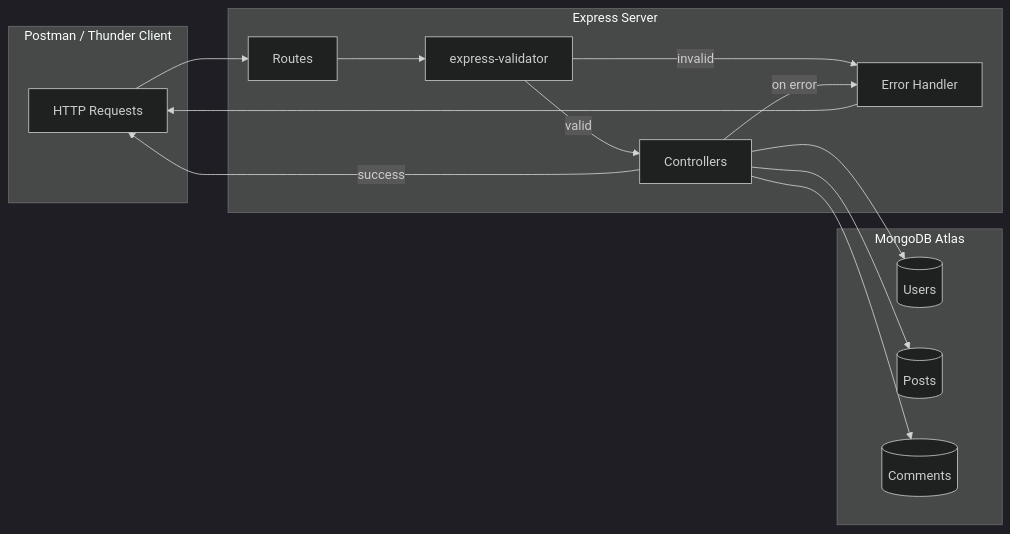
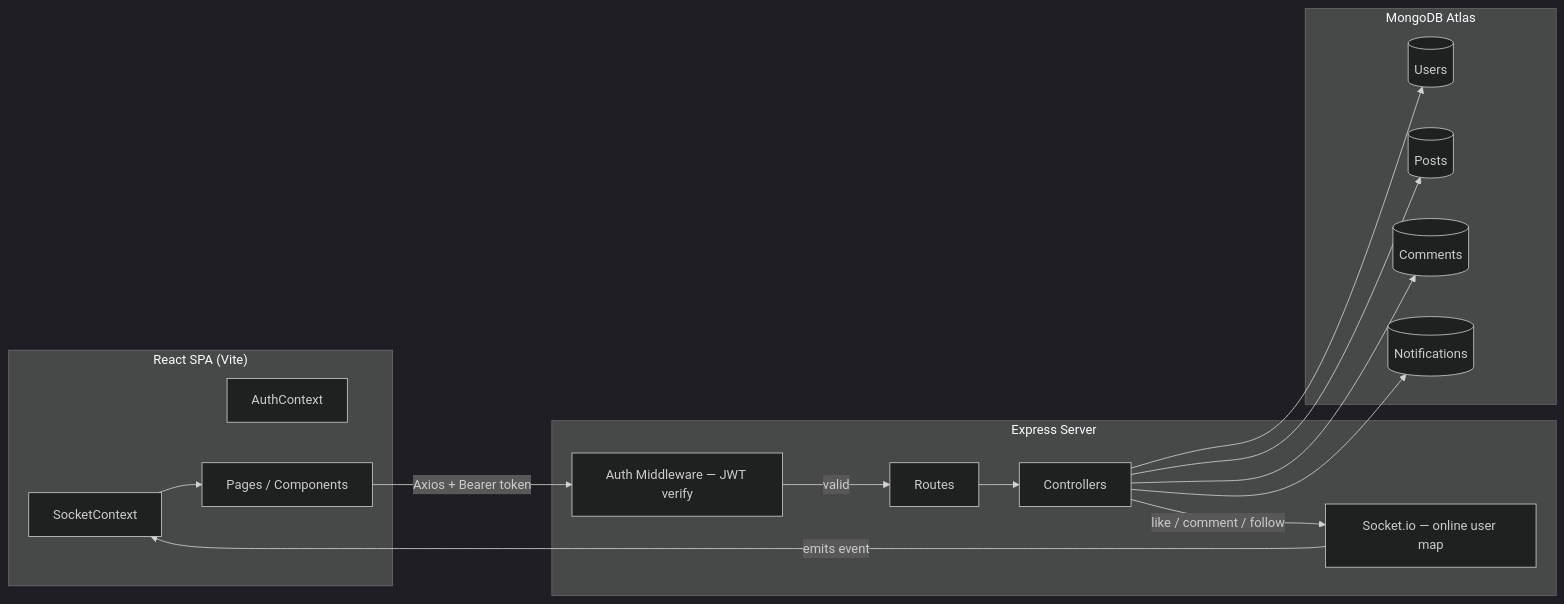
One commit to ahmedsufian10/ConnectSphere changed the diagram in README.md. Above: the diagram before and after it, drawn with Mermaid (dark theme). The commit also changed other lines of this file and 1 other file, not shown here.

````diff
--- a/README.md
+++ b/README.md
@@ -54,30 +57,33 @@
 ```mermaid
 flowchart LR
-    subgraph Client["Postman / Thunder Client"]
-        A[HTTP Requests]
+    subgraph Client["React SPA (Vite)"]
+        A[AuthContext]
+        B[SocketContext]
+        C[Pages / Components]
     end
 
     subgraph Server["Express Server"]
-        B[Routes]
-        C[express-validator]
-        D[Controllers]
-        E[Error Handler]
+        D[Auth Middleware — JWT verify]
+        E[Routes]
+        F[Controllers]
+        G[Socket.io — online user map]
     end
 
     subgraph DB["MongoDB Atlas"]
-        F[(Users)]
-        G[(Posts)]
-        H[(Comments)]
+        H[(Users)]
+        I[(Posts)]
+        J[(Comments)]
+        K[(Notifications)]
     end
 
-    A --> B
+    C -- Axios + Bearer token --> D
+    D -- valid --> E
+    E --> F
+    F --> H
+    F --> I
+    F --> J
+    F --> K
+    F -- like / comment / follow --> G
+    G -- emits event --> B
     B --> C
-    C -- valid --> D
-    C -- invalid --> E
-    D --> F
-    D --> G
-    D --> H
-    D -- on error --> E
-    E --> A
-    D -- success --> A
 ```
````
